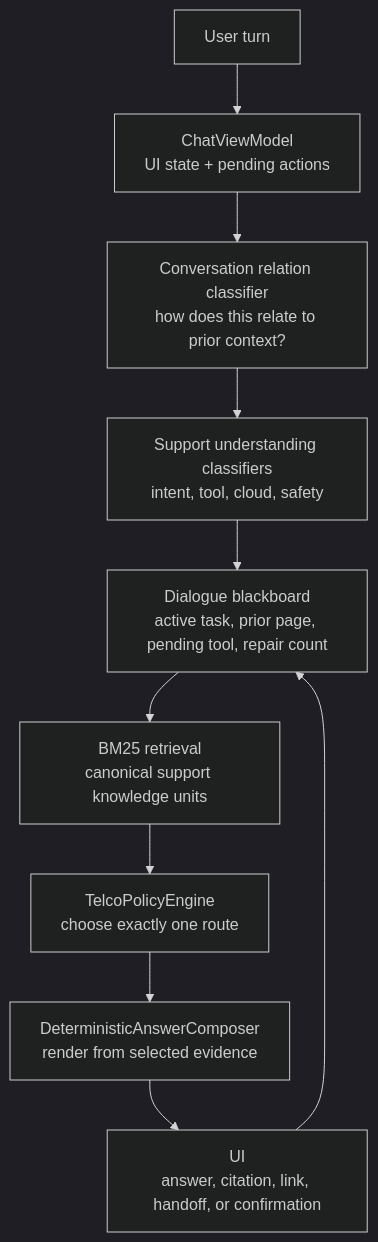
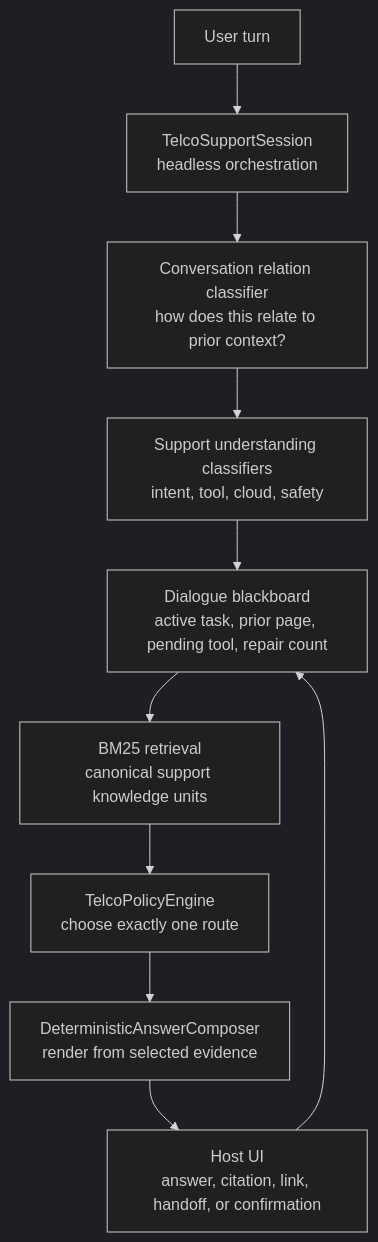
Before and after one commit to isamusuga/cookbook: the diagram in examples/telco-triage-ios/README.md, drawn with Mermaid (dark theme). The commit also changed 44 other files, not shown here.

Commit message:
refactor: add headless telco orchestration boundary

````diff
--- a/examples/telco-triage-ios/README.md
+++ b/examples/telco-triage-ios/README.md
@@ -30,12 +30,12 @@
 ```mermaid
 flowchart TD
-    A["User turn"] --> B["ChatViewModel<br/>UI state + pending actions"]
+    A["User turn"] --> B["TelcoSupportSession<br/>headless orchestration"]
     B --> C["Conversation relation classifier<br/>how does this relate to prior context?"]
     C --> D["Support understanding classifiers<br/>intent, tool, cloud, safety"]
     D --> E["Dialogue blackboard<br/>active task, prior page, pending tool, repair count"]
     E --> F["BM25 retrieval<br/>canonical support knowledge units"]
     F --> G["TelcoPolicyEngine<br/>choose exactly one route"]
     G --> H["DeterministicAnswerComposer<br/>render from selected evidence"]
-    H --> I["UI<br/>answer, citation, link, handoff, or confirmation"]
+    H --> I["Host UI<br/>answer, citation, link, handoff, or confirmation"]
     I --> E
 ```
````
